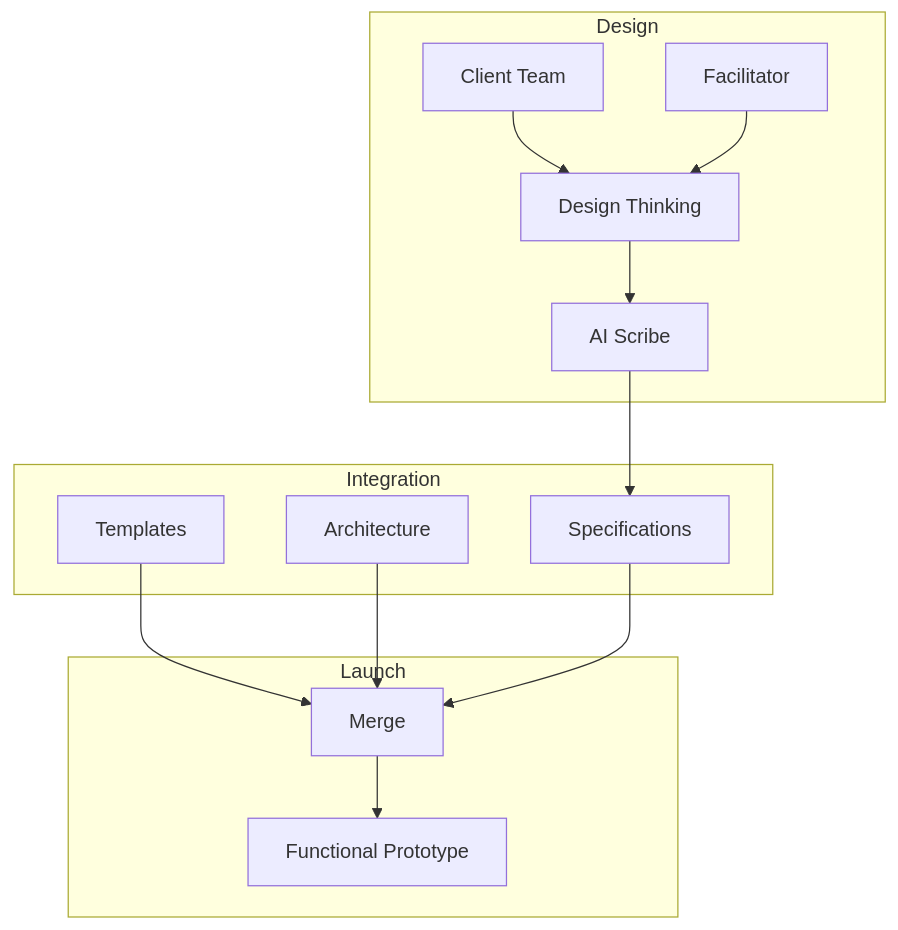
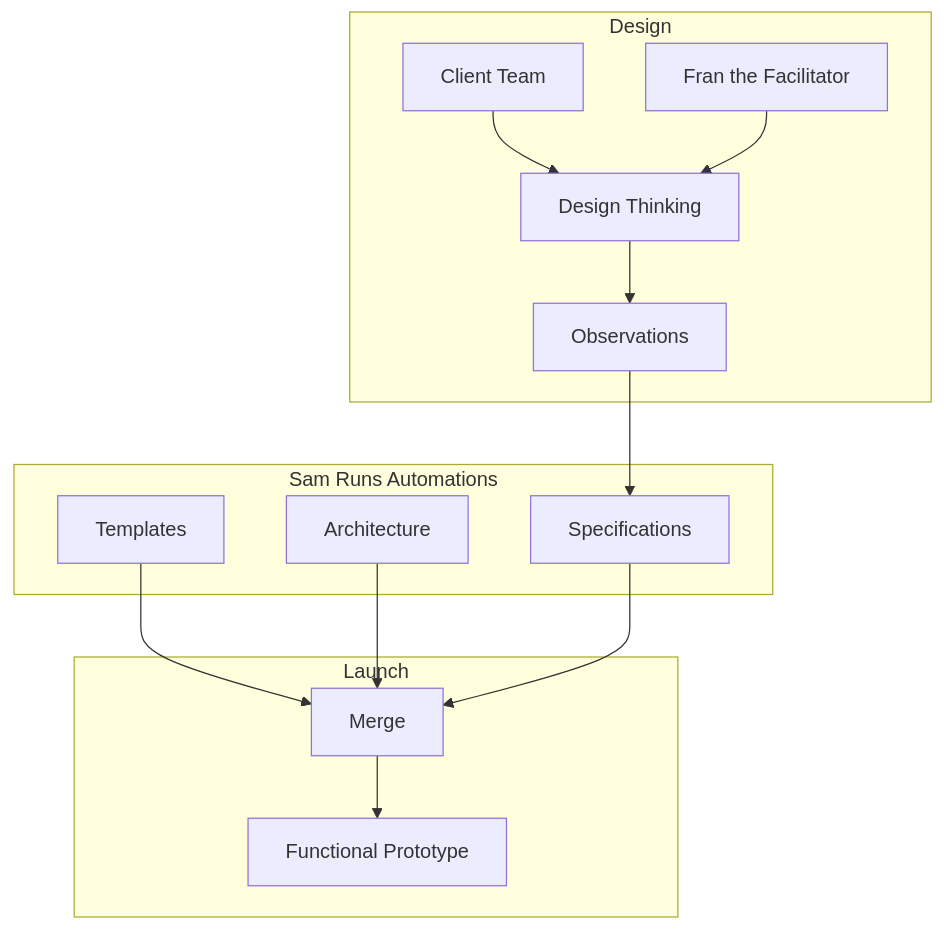
The diagram in README.md (agile-learning-institute/stage0), drawn with Mermaid before and after one commit. The commit also changed other lines of this file, not shown here.

````diff
--- a/README.md
+++ b/README.md
@@ -9,31 +18,31 @@
 ```mermaid
 graph TD
     %% Nodes
     C[Client Team] --> D[Design Thinking]
-    F[Facilitator] --> D
-    D --> A[AI Scribe]
+    F[Fran the Facilitator] --> D
+    D --> O[Observations]
     T[Templates] --> M[Merge]
     B[Architecture] --> M
     S[Specifications] --> M
     M --> P[Functional Prototype]
-    A --> S
+    O --> S
 
     %% Box Groups
     subgraph Design
         C
         D
         F
-        A
+        O
     end
 
-    subgraph Integration
+    subgraph Sam Runs Automations
         T
         B
         S
     end
 
     subgraph Launch
         M
         P
     end
 ```
````
